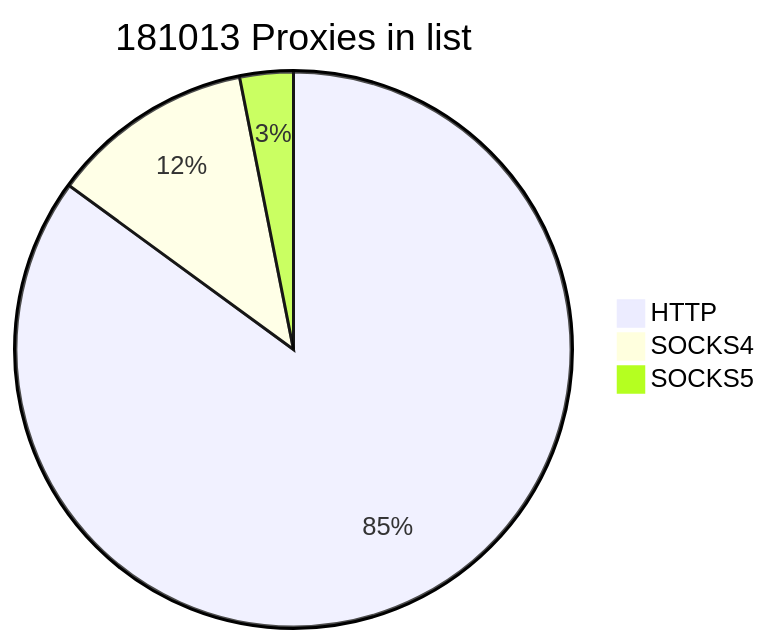
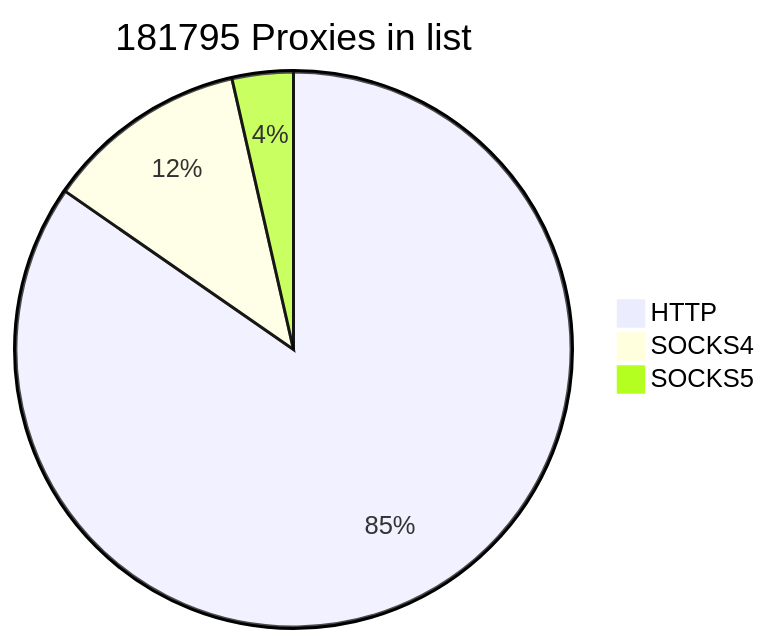
One commit to cutipu/proxylist changed the first of 2 diagrams in README.md. Above: the diagram before and after it, drawn with Mermaid. The commit also changed other lines of this file, not shown here.

````diff
--- a/README.md
+++ b/README.md
@@ -2,7 +2,7 @@
 ```mermaid
-pie title 181013 Proxies in list
-    "HTTP" : 153941
-    "SOCKS4" : 21439
-    "SOCKS5" : 5633
+pie title 181795 Proxies in list
+    "HTTP" : 153887
+    "SOCKS4" : 21440
+    "SOCKS5" : 6468
             
 ```
````
